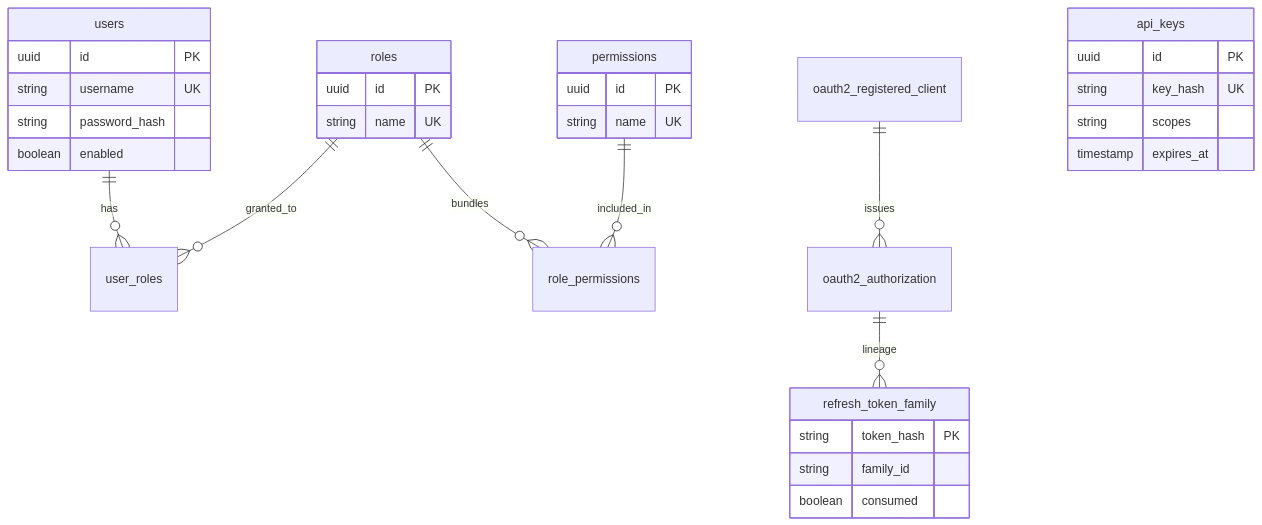
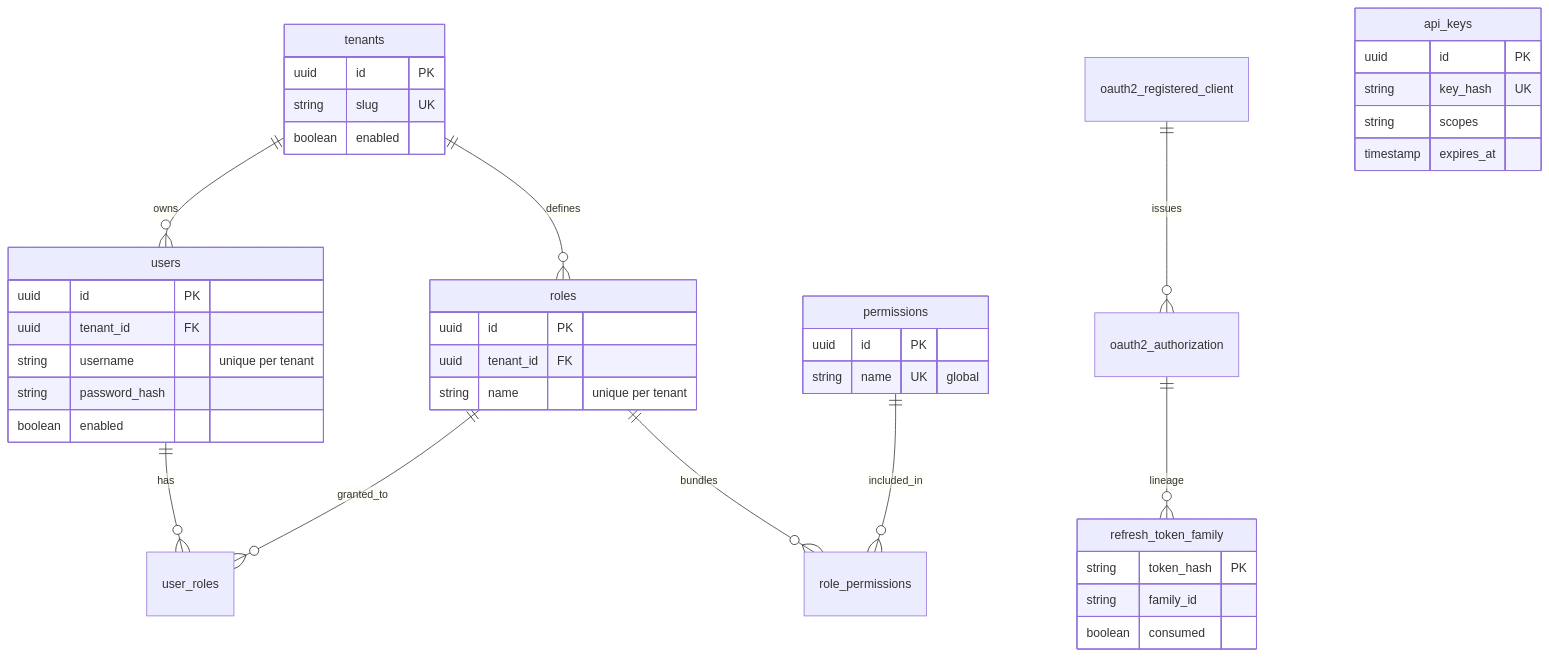
Before and after one commit to ezat141/authcore: the second of 2 diagrams in README.md, drawn with Mermaid. The commit also changed other lines of this file, not shown here.

````diff
--- a/README.md
+++ b/README.md
@@ -328,35 +440,44 @@
 ```mermaid
 erDiagram
+    tenants ||--o{ users : owns
+    tenants ||--o{ roles : defines
     users ||--o{ user_roles : has
     roles ||--o{ user_roles : granted_to
     roles ||--o{ role_permissions : bundles
     permissions ||--o{ role_permissions : included_in
     oauth2_registered_client ||--o{ oauth2_authorization : issues
     oauth2_authorization ||--o{ refresh_token_family : lineage
 
+    tenants {
+        uuid id PK
+        string slug UK
+        boolean enabled
+    }
     users {
         uuid id PK
-        string username UK
+        uuid tenant_id FK
+        string username "unique per tenant"
         string password_hash
         boolean enabled
     }
     roles {
         uuid id PK
-        string name UK
+        uuid tenant_id FK
+        string name "unique per tenant"
     }
     permissions {
         uuid id PK
-        string name UK
+        string name UK "global"
     }
     refresh_token_family {
         string token_hash PK
         string family_id
         boolean consumed
     }
     api_keys {
         uuid id PK
         string key_hash UK
         string scopes
         timestamp expires_at
     }
 ```
````
